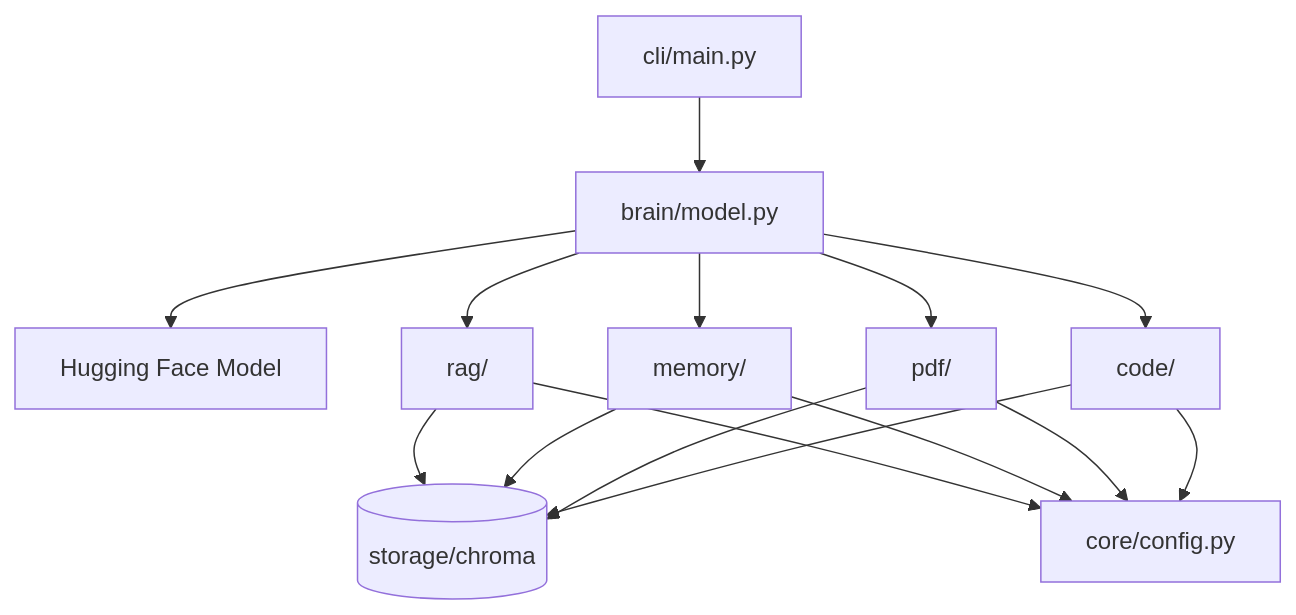
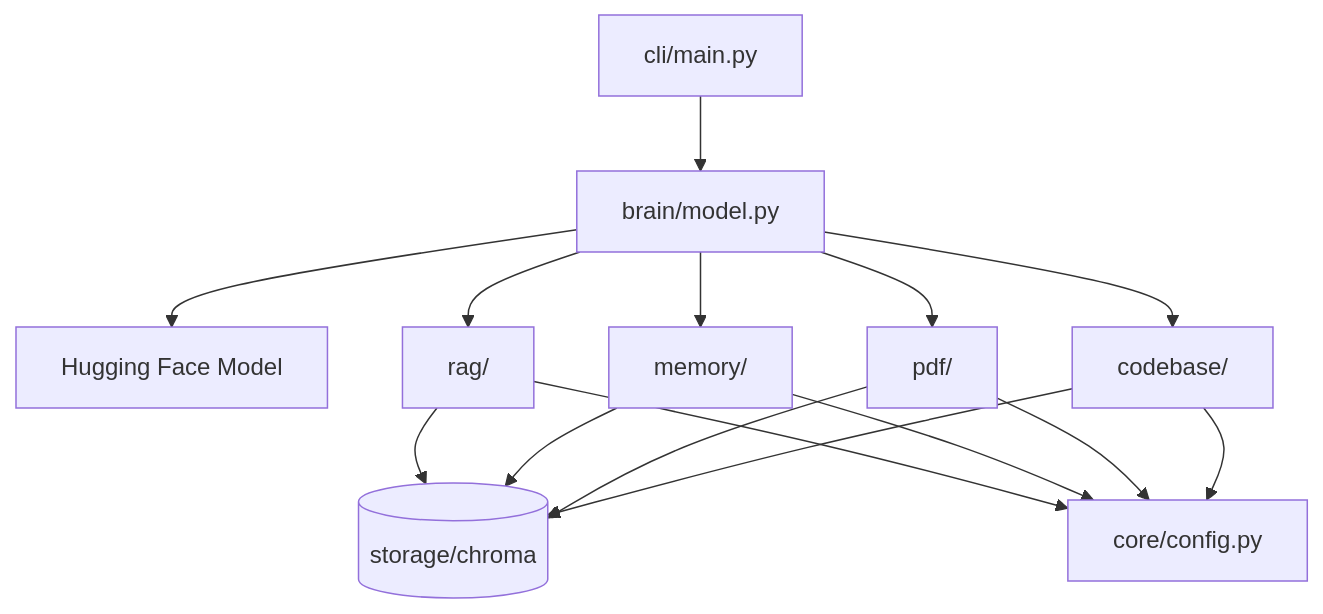
One commit to dakxhie/zoe changed the diagram in docs/ARCHITECTURE.md. Above: the diagram before and after it, drawn with Mermaid. The commit also changed other lines of this file and 11 other files, not shown here.

First line of the commit message:
Rename code package to codebase to avoid stdlib namespace conflict.

````diff
--- a/docs/ARCHITECTURE.md
+++ b/docs/ARCHITECTURE.md
@@ -7,27 +7,27 @@
 ```mermaid
 flowchart TD
     CLI[cli/main.py]
     Brain[brain/model.py]
     LLM[Hugging Face Model]
     Notes[rag/]
     Memory[memory/]
     PDF[pdf/]
-    Code[code/]
+    Code[codebase/]
     Chroma[(storage/chroma)]
     Config[core/config.py]
 
     CLI --> Brain
     Brain --> LLM
     Brain --> Notes
     Brain --> Memory
     Brain --> PDF
     Brain --> Code
     Notes --> Chroma
     Memory --> Chroma
     PDF --> Chroma
     Code --> Chroma
     Notes --> Config
     Memory --> Config
     PDF --> Config
     Code --> Config
 ```
````
